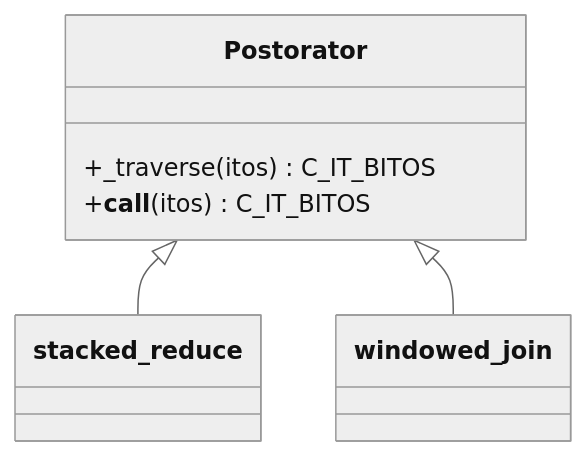
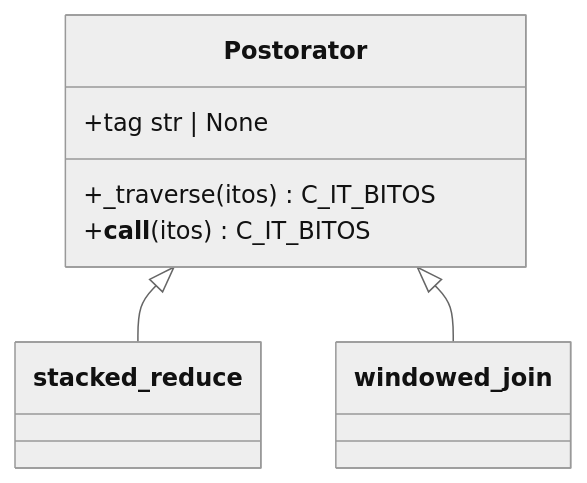
Before and after one commit to rlayers/pawpaw: the tenth of 10 diagrams in docs/4. Arborform.md, drawn with Mermaid (neutral theme). The commit also changed other lines of this file, not shown here.

Commit message:
.tag class diagram tweaks

````diff
--- a/docs/4. Arborform.md
+++ b/docs/4. Arborform.md
@@ -405,10 +405,11 @@
 ```mermaid
 classDiagram
   class Postorator{
-      +_traverse(itos) C_IT_BITOS
-      +__call__(itos) C_IT_BITOS
+    +tag str | None
+    +_traverse(itos) C_IT_BITOS
+    +__call__(itos) C_IT_BITOS
   }
 
   Postorator <|-- stacked_reduce
   Postorator <|-- windowed_join
 ```
````
